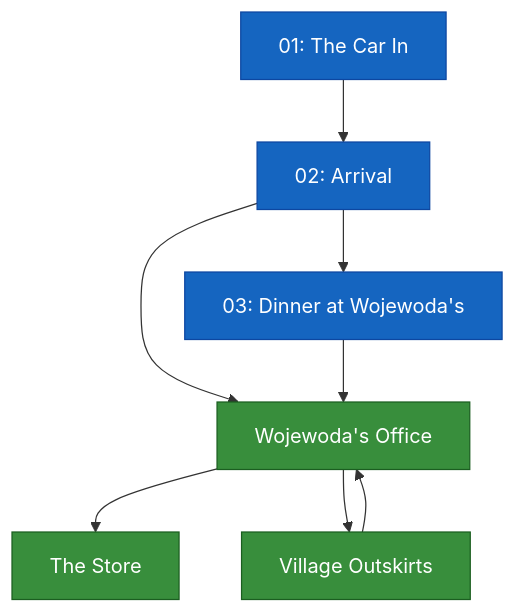
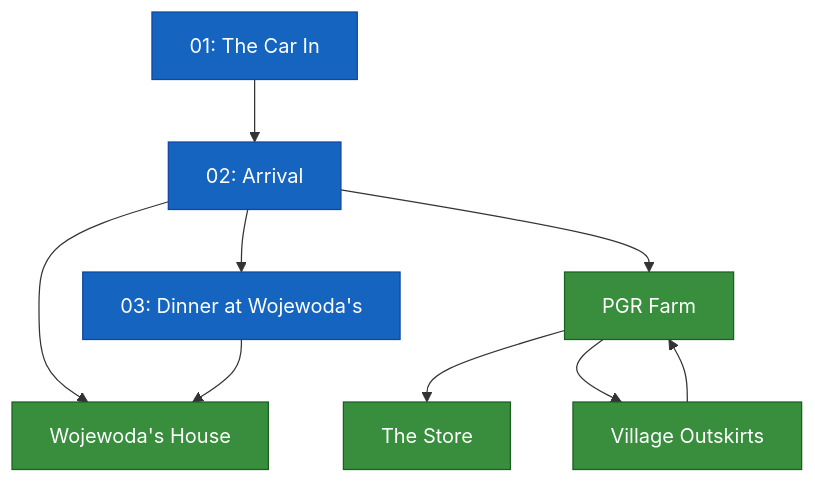
One commit to EasyL0ver/kampania changed the diagram in story/scenario-graph.md. Above: the diagram before and after it, drawn with Mermaid. The commit also changed other lines of this file and 13 other files, not shown here.

First line of the commit message:
Split wojewoda's office from house, add stołówka

````diff
--- a/story/scenario-graph.md
+++ b/story/scenario-graph.md
@@ -7,20 +7,21 @@
 ```mermaid
 graph TD
     %% === EVENTS ===
     E01[01: The Car In] --> E02[02: Arrival]
     E02 --> E03[03: Dinner at Wojewoda's]
-    E02 --> L_OFFICE[Wojewoda's Office]
+    E02 --> L_HOUSE[Wojewoda's House]
+    E02 --> L_PGR[PGR Farm]
 
     %% === LOCATIONS ===
-    E03 --> L_OFFICE
-    L_OFFICE --> L_STORE[The Store]
-    L_OFFICE --> L_SURVEY[Village Outskirts]
-    L_SURVEY --> L_OFFICE
+    E03 --> L_HOUSE
+    L_PGR --> L_STORE[The Store]
+    L_PGR --> L_SURVEY[Village Outskirts]
+    L_SURVEY --> L_PGR
 
     %% === STYLING ===
     classDef event fill:#1565c0,color:#fff,stroke:#0d47a1
     classDef location fill:#388e3c,color:#fff,stroke:#1b5e20
 
     class E01,E02,E03 event
-    class L_OFFICE,L_STORE,L_SURVEY location
+    class L_HOUSE,L_PGR,L_STORE,L_SURVEY location
 ```
````
